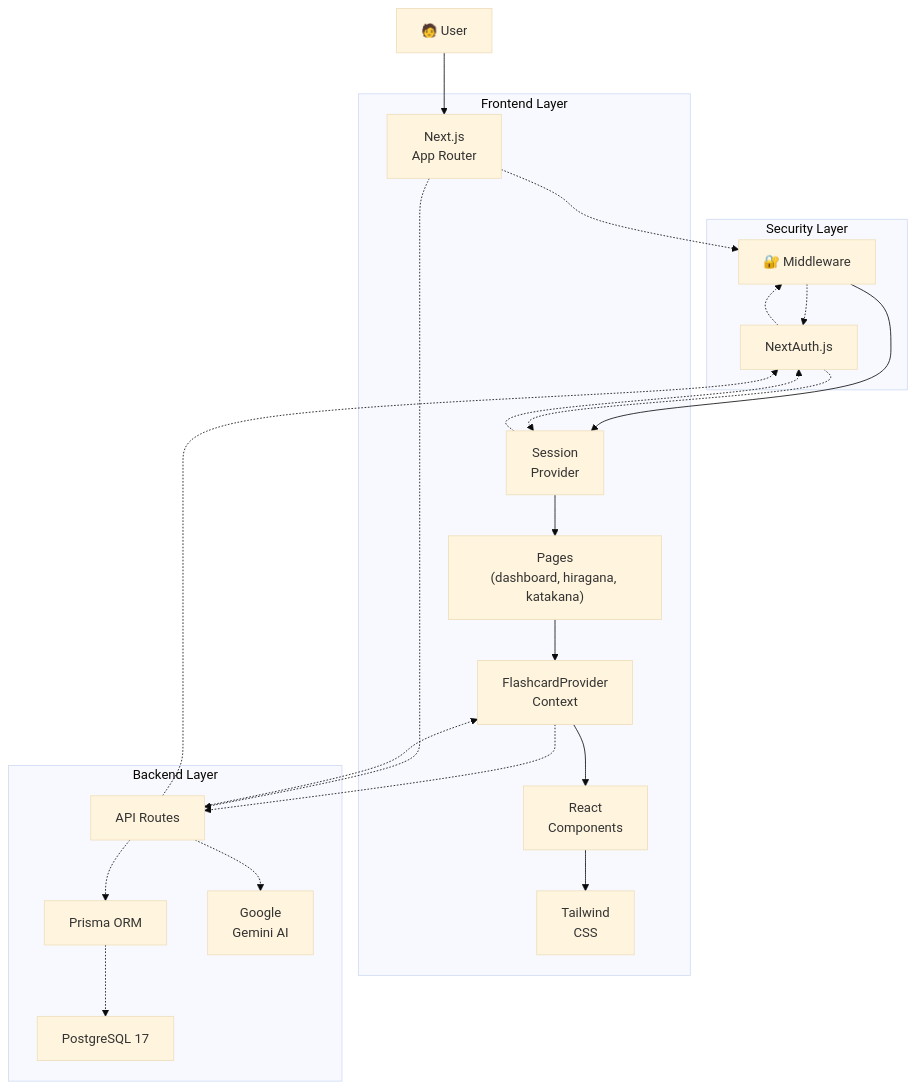
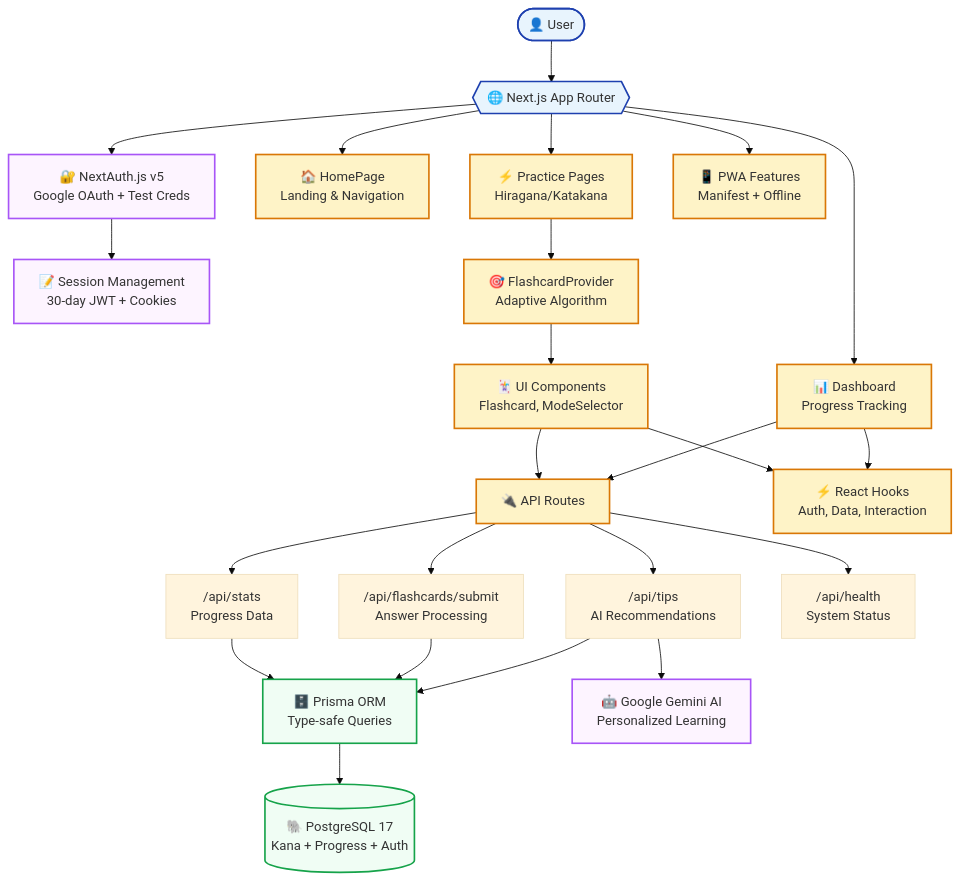
Before and after one commit to sakan811/SakuMari: the diagram in README.md, drawn with Mermaid (base theme). The commit also changed other lines of this file, not shown here.

Commit message:
docs: update architecture diagram with enhanced component flow

````diff
--- a/README.md
+++ b/README.md
@@ -30,44 +30,53 @@
 ```mermaid
 flowchart TD
-    User["🧑 User"]
+    %% User Interface Layer
+    User([👤 User]) --> Browser{{"🌐 Next.js App Router"}}
+    
+    %% Authentication Flow
+    Browser --> Auth["🔐 NextAuth.js v5<br/>Google OAuth + Test Creds"]
+    Auth --> Session["📝 Session Management<br/>30-day JWT + Cookies"]
+    
+    %% Page Routes
+    Browser --> Home["🏠 HomePage<br/>Landing & Navigation"]
+    Browser --> Practice["⚡ Practice Pages<br/>Hiragana/Katakana"]
+    Browser --> Dashboard["📊 Dashboard<br/>Progress Tracking"]
+    
+    %% React Context & State
+    Practice --> Provider["🎯 FlashcardProvider<br/>Adaptive Algorithm"]
+    Provider --> Components["🃏 UI Components<br/>Flashcard, ModeSelector"]
+    
+    %% API Layer
+    Components --> API["🔌 API Routes"]
+    Dashboard --> API
+    API --> Stats["/api/stats<br/>Progress Data"]
+    API --> Submit["/api/flashcards/submit<br/>Answer Processing"]
+    API --> Tips["/api/tips<br/>AI Recommendations"]
+    API --> Health["/api/health<br/>System Status"]
+    
+    %% Data Layer
+    Stats --> Prisma["🗄️ Prisma ORM<br/>Type-safe Queries"]
+    Submit --> Prisma
+    Tips --> Prisma
+    Prisma --> DB[(🐘 PostgreSQL 17<br/>Kana + Progress + Auth)]
+    
+    %% AI Integration
+    Tips --> Gemini["🤖 Google Gemini AI<br/>Personalized Learning"]
+    
+    %% Progressive Web App
+    Browser --> PWA["📱 PWA Features<br/>Manifest + Offline"]
+    
+    %% Custom Hooks
+    Components --> Hooks["⚡ React Hooks<br/>Auth, Data, Interaction"]
+    Dashboard --> Hooks
 
-    subgraph Frontend["Frontend Layer"]
-        NextJS["Next.js<br/>App Router"]
-        SessionProvider["Session<br/>Provider"]
-        Pages["Pages<br/>(dashboard, hiragana, katakana)"]
-        FlashcardProvider["FlashcardProvider<br/>Context"]
-        Components["React<br/>Components"]
-        Tailwind["Tailwind<br/>CSS"]
-    end
-
-    subgraph Security["Security Layer"]
-        Middleware["🔐 Middleware"]
-        NextAuth["NextAuth.js"]
-    end
-
-    subgraph Backend["Backend Layer"]
-        API["API Routes"]
-        Prisma["Prisma ORM"]
-        PostgreSQL["PostgreSQL 17"]
-        Gemini["Google<br/>Gemini AI"]
-    end
-
-    User --> NextJS
-    NextJS -.-> Middleware
-    Middleware -.-> NextAuth
-    NextAuth -.-> Middleware
-    Middleware --> SessionProvider
-    SessionProvider -.-> NextAuth
-    NextAuth -.-> SessionProvider
-    SessionProvider --> Pages
-    Pages --> FlashcardProvider
-    FlashcardProvider -.-> API
-    API -.-> FlashcardProvider
-    FlashcardProvider --> Components
-    Components --> Tailwind
-    NextJS -.-> API
-    API -.-> Prisma
-    Prisma -.-> PostgreSQL
-    API -.-> NextAuth
-    API -.-> Gemini
+    %% Styling
+    classDef userLayer fill:#e8f4fd,stroke:#1e40af,stroke-width:2px
+    classDef appLayer fill:#fef3c7,stroke:#d97706,stroke-width:2px
+    classDef dataLayer fill:#f0fdf4,stroke:#16a34a,stroke-width:2px
+    classDef aiLayer fill:#fdf4ff,stroke:#a855f7,stroke-width:2px
+    
+    class User,Browser userLayer
+    class Home,Practice,Dashboard,Provider,Components,API,Hooks,PWA appLayer
+    class Prisma,DB dataLayer
+    class Auth,Session,Gemini aiLayer
 ```
````
